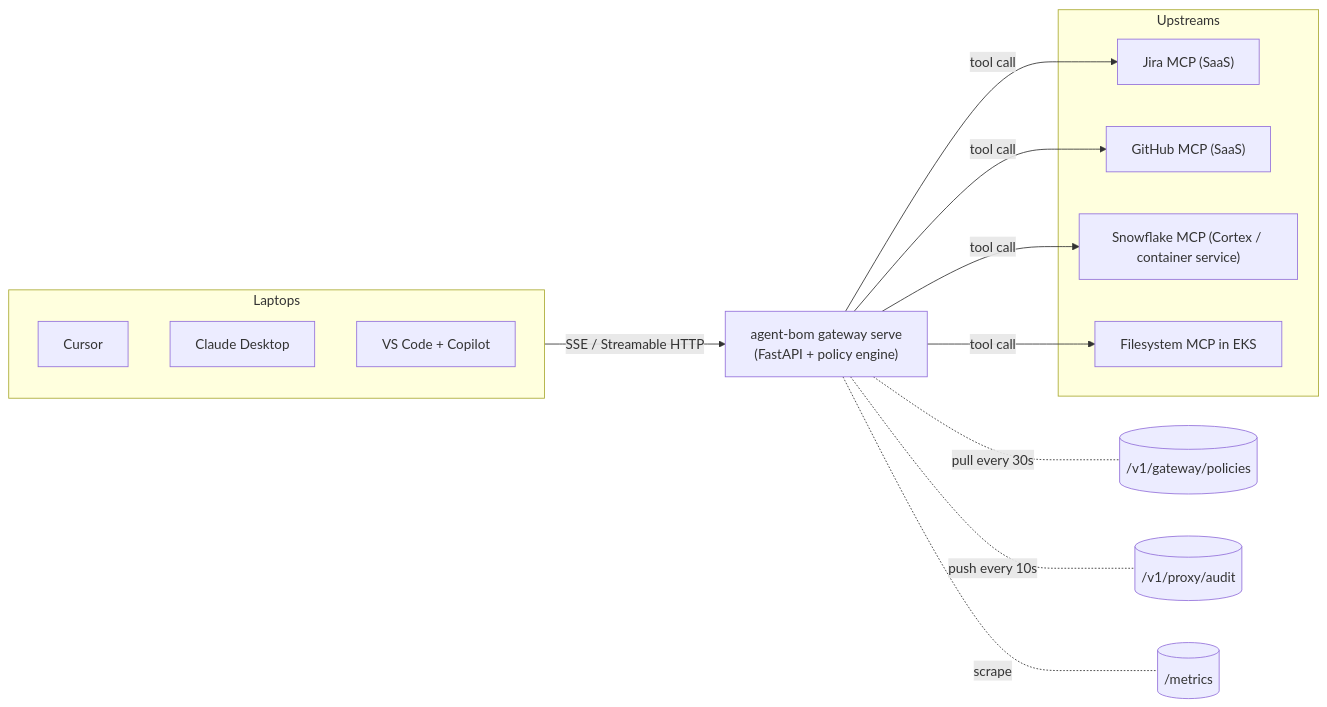
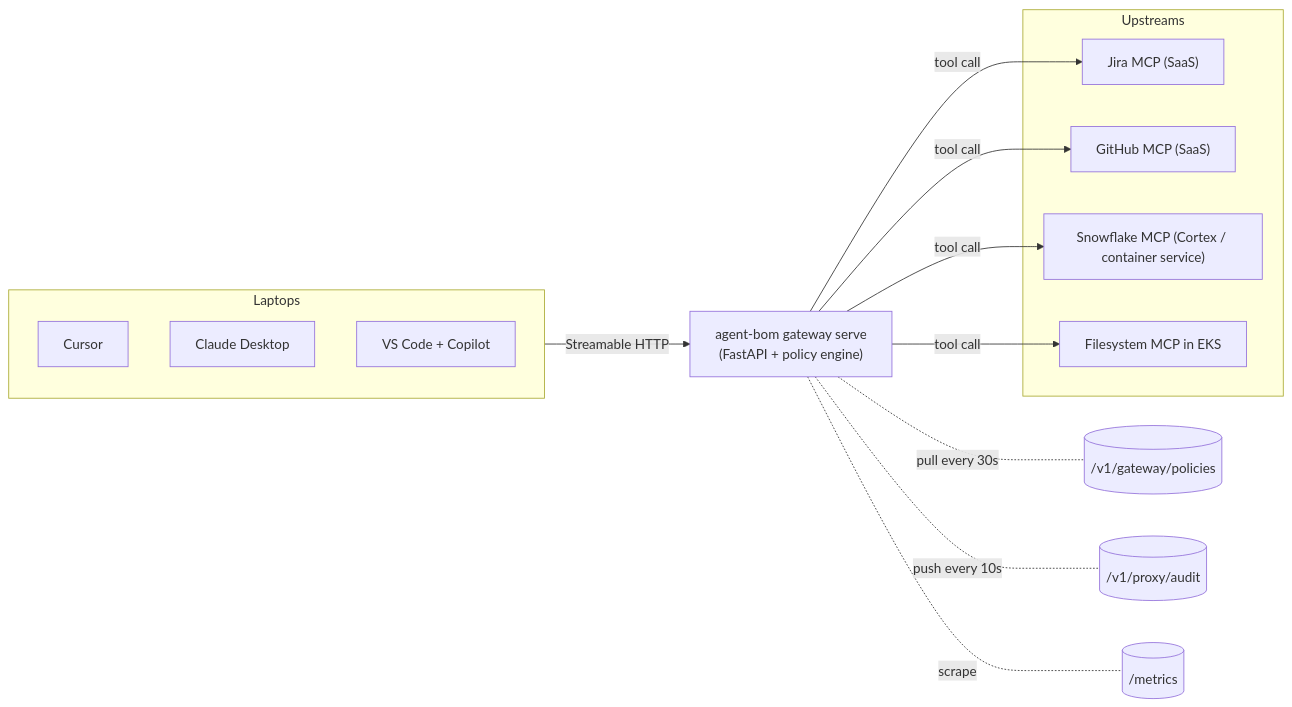
One commit to msaad00/agent-bom changed the diagram in docs/design/MULTI_MCP_GATEWAY.md. Above: the diagram before and after it, drawn with Mermaid. The commit also changed other lines of this file and 8 other files, not shown here.

````diff
--- a/docs/design/MULTI_MCP_GATEWAY.md
+++ b/docs/design/MULTI_MCP_GATEWAY.md
@@ -87,27 +95,27 @@
 ```mermaid
 flowchart LR
   subgraph Laptops
     cursor[Cursor]
     claude[Claude Desktop]
     vscode[VS Code + Copilot]
   end
   gw["agent-bom gateway serve<br/>(FastAPI + policy engine)"]
   policy[("/v1/gateway/policies")]
   audit[("/v1/proxy/audit")]
   metrics[("/metrics")]
   subgraph Upstreams
     jira["Jira MCP (SaaS)"]
     gh["GitHub MCP (SaaS)"]
     snow["Snowflake MCP (Cortex / container service)"]
     fs["Filesystem MCP in EKS"]
   end
 
-  Laptops -- SSE / Streamable HTTP --> gw
+  Laptops -- Streamable HTTP --> gw
   gw -. pull every 30s .- policy
   gw -. push every 10s .- audit
   gw -. scrape .- metrics
   gw -->|tool call| jira
   gw -->|tool call| gh
   gw -->|tool call| snow
   gw -->|tool call| fs
 ```
````
